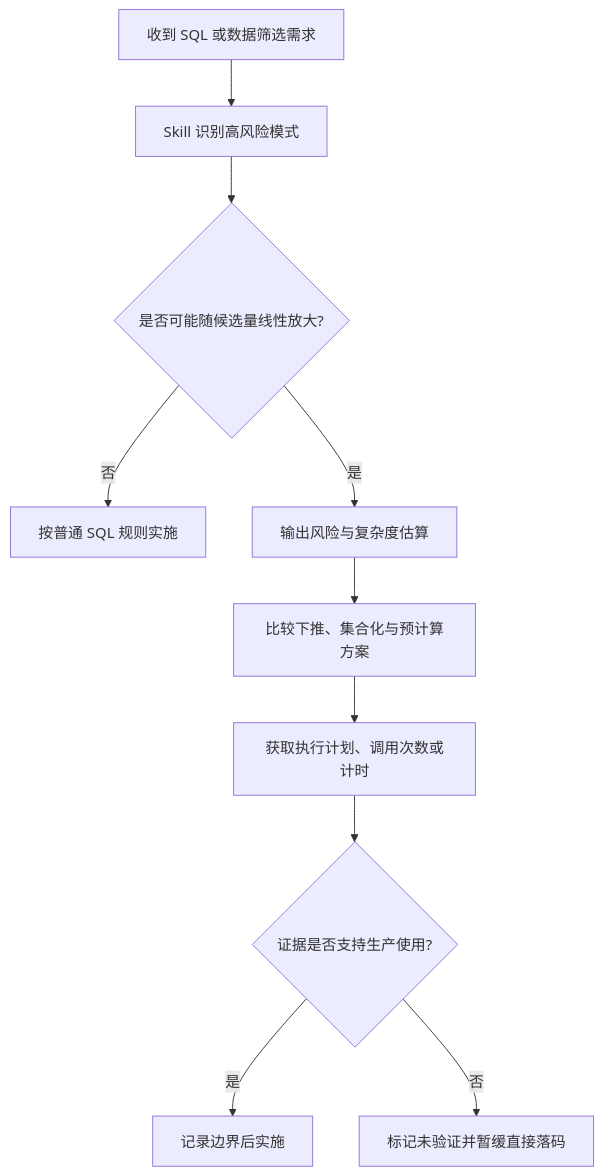
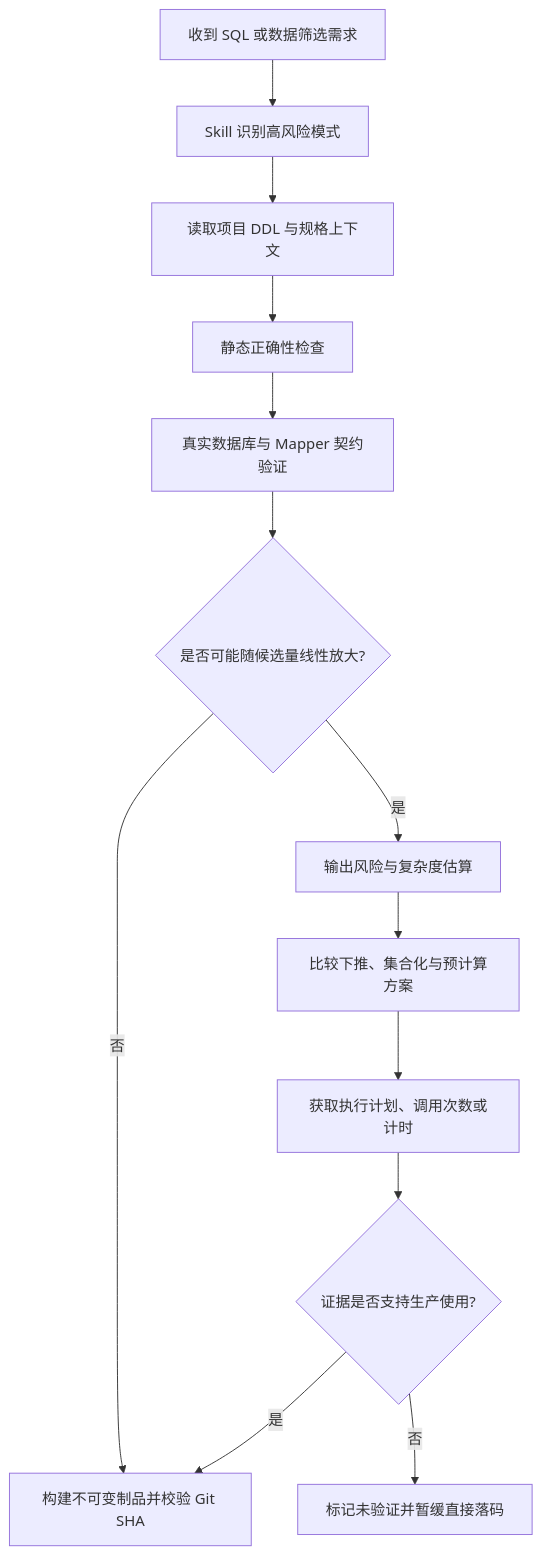
The diagram in docs/design/sql-performance-guard/sql-performance-guard-current.md (exception-coder/team-standards), drawn with Mermaid before and after one commit. The commit also changed other lines of this file and 138 other files, not shown here.

````diff
--- a/docs/design/sql-performance-guard/sql-performance-guard-current.md
+++ b/docs/design/sql-performance-guard/sql-performance-guard-current.md
@@ -20,12 +31,15 @@
 ```mermaid
 flowchart TD
     A["收到 SQL 或数据筛选需求"] --> B["Skill 识别高风险模式"]
-    B --> C{"是否可能随候选量线性放大?"}
-    C -->|"否"| D["按普通 SQL 规则实施"]
-    C -->|"是"| E["输出风险与复杂度估算"]
-    E --> F["比较下推、集合化与预计算方案"]
-    F --> G["获取执行计划、调用次数或计时"]
-    G --> H{"证据是否支持生产使用?"}
-    H -->|"是"| I["记录边界后实施"]
-    H -->|"否"| J["标记未验证并暂缓直接落码"]
+    B --> C["读取项目 DDL 与规格上下文"]
+    C --> D["静态正确性检查"]
+    D --> E["真实数据库与 Mapper 契约验证"]
+    E --> F{"是否可能随候选量线性放大?"}
+    F -->|"否"| G["构建不可变制品并校验 Git SHA"]
+    F -->|"是"| H["输出风险与复杂度估算"]
+    H --> I["比较下推、集合化与预计算方案"]
+    I --> J["获取执行计划、调用次数或计时"]
+    J --> K{"证据是否支持生产使用?"}
+    K -->|"是"| G
+    K -->|"否"| L["标记未验证并暂缓直接落码"]
 ```
````
